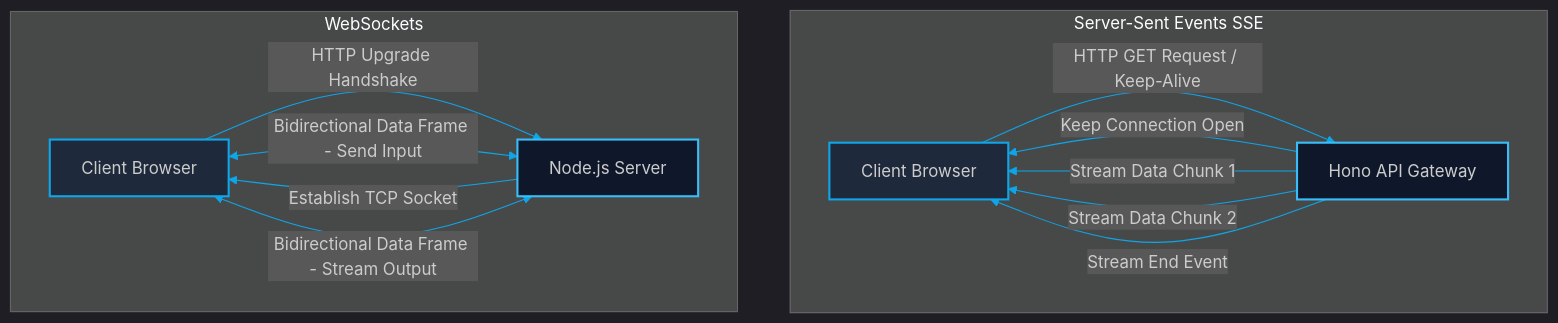
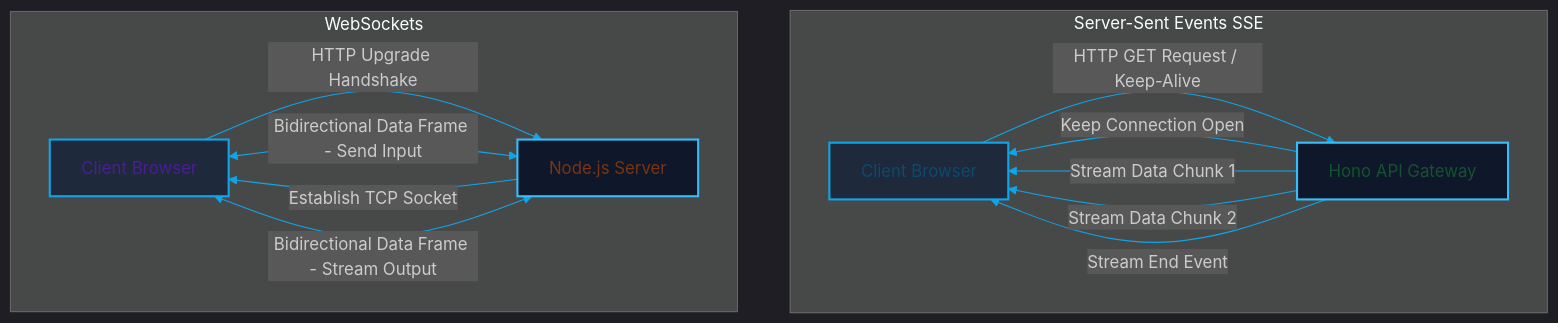
Before and after one commit to akmalkhaniub/akmalkhaniub.github.io: the diagram in blog/posts/real-time-token-streaming-sse-websockets.md, drawn with Mermaid. The commit also changed other lines of this file and 1291 other files, not shown here.

First line of the commit message:
feat(catalog): unique covers, scholarly references, and diagram palettes

````diff
--- a/blog/posts/real-time-token-streaming-sse-websockets.md
+++ b/blog/posts/real-time-token-streaming-sse-websockets.md
@@ -29,23 +29,33 @@
 ```mermaid
 %%{init: {'theme': 'dark', 'themeVariables': { 'primaryColor': '#0ea5e9', 'primaryTextColor': '#f3f4f6', 'primaryBorderColor': '#38bdf8', 'lineColor': '#0ea5e9', 'secondaryColor': '#111827', 'tertiaryColor': '#111827'}}}%%
 flowchart TD
     subgraph SG1_ServerSentEvents ["Server-Sent Events SSE"]
-        A[Client Browser] -->|HTTP GET Request / Keep-Alive| B[Hono API Gateway]
+        A["Client Browser"] -->|HTTP GET Request / Keep-Alive| B["Hono API Gateway"]
         B -->|Keep Connection Open| A
         B -->|Stream Data Chunk 1| A
         B -->|Stream Data Chunk 2| A
         B -->|Stream End Event| A
     end
     
     subgraph WebSockets
-        C[Client Browser] -->|HTTP Upgrade Handshake| D[Node.js Server]
+        C["Client Browser"] -->|HTTP Upgrade Handshake| D["Node.js Server"]
         D -->|Establish TCP Socket| C
         C <-->|Bidirectional Data Frame - Send Input| D
         D <-->|Bidirectional Data Frame - Stream Output| C
     end
 
     style A fill:#1e293b,stroke:#0ea5e9,stroke-width:2px
     style B fill:#0f172a,stroke:#38bdf8,stroke-width:2px
     style C fill:#1e293b,stroke:#0ea5e9,stroke-width:2px
     style D fill:#0f172a,stroke:#38bdf8,stroke-width:2px
+
+classDef green fill:#dcfce7,stroke:#16a34a,stroke-width:2px,color:#14532d;
+classDef red fill:#fee2e2,stroke:#dc2626,stroke-width:2px,color:#7f1d1d;
+classDef blue fill:#e0f2fe,stroke:#0284c7,stroke-width:2px,color:#0c4a6e;
+classDef yellow fill:#fef3c7,stroke:#d97706,stroke-width:2px,color:#78350f;
+classDef purple fill:#ede9fe,stroke:#7c3aed,stroke-width:2px,color:#4c1d95;
+class A blue
+class B green
+class C purple
+class D yellow
 ```
````
